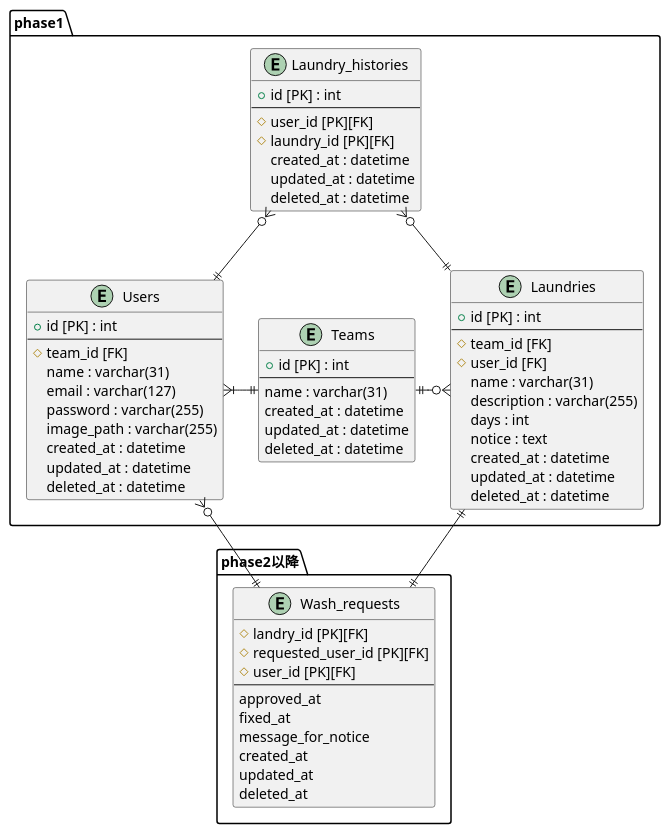
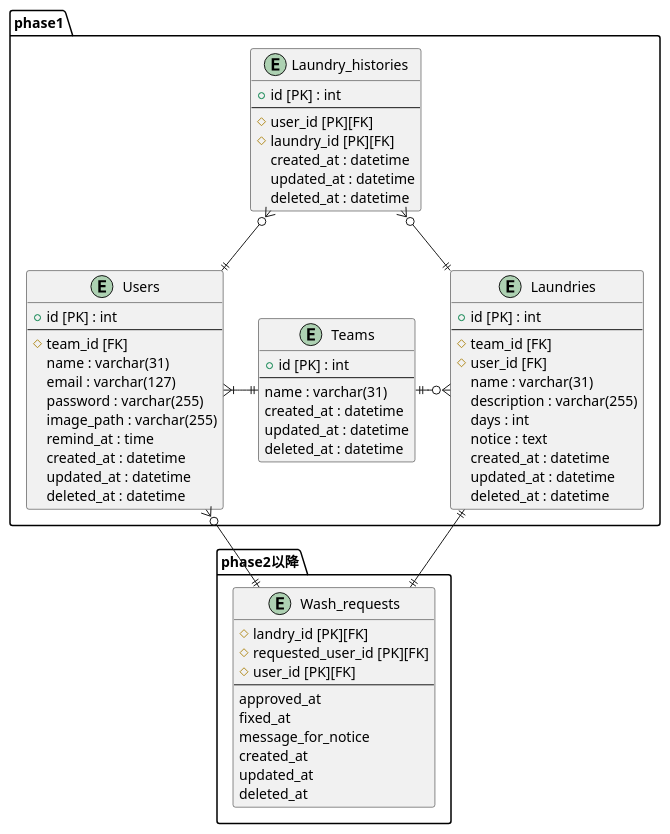
Before and after one commit to mixa393/mohumohu: the diagram in docs/ER図.puml, drawn with PlantUML.

Commit message:
Add: リマインドの時間

```diff
--- a/docs/ER図.puml
+++ b/docs/ER図.puml
@@ -1,77 +1,78 @@
 @startuml
 
 package phase1{
     entity Laundry_histories{
         + id [PK] : int
         --
         # user_id [PK][FK]
         # laundry_id [PK][FK]
         created_at : datetime
         updated_at : datetime
         deleted_at : datetime
     }
 
     entity Users{
     + id [PK] : int
     --
     # team_id [FK]
     name : varchar(31)
     email : varchar(127)
     password : varchar(255)
     image_path : varchar(255)
+    remind_at : time
     created_at : datetime
     updated_at : datetime
     deleted_at : datetime
     }
 
     entity Teams
     {
     + id [PK] : int
     --
     name : varchar(31)
     created_at : datetime
     updated_at : datetime
     deleted_at : datetime
     }
 
     entity Laundries{
     + id [PK] : int
     --
     # team_id [FK]
     # user_id [FK]
     name : varchar(31)
     description : varchar(255)
     days : int
     notice : text
     created_at : datetime
     updated_at : datetime
     deleted_at : datetime
     }
 }
 
 
 package  phase2以降{
     entity Wash_requests{
     # landry_id [PK][FK]
     # requested_user_id [PK][FK]
     # user_id [PK][FK]
     --
     approved_at
     fixed_at
     message_for_notice
     created_at
     updated_at
     deleted_at
     }
 }
 
 Laundry_histories }o--|| Users
 Laundry_histories }o-|| Laundries
 Users }|-|| Teams
 Teams ||-o{ Laundries
 Laundries ||-|| Wash_requests
 Users }o--|| Wash_requests
 
 
 
 @enduml
```
